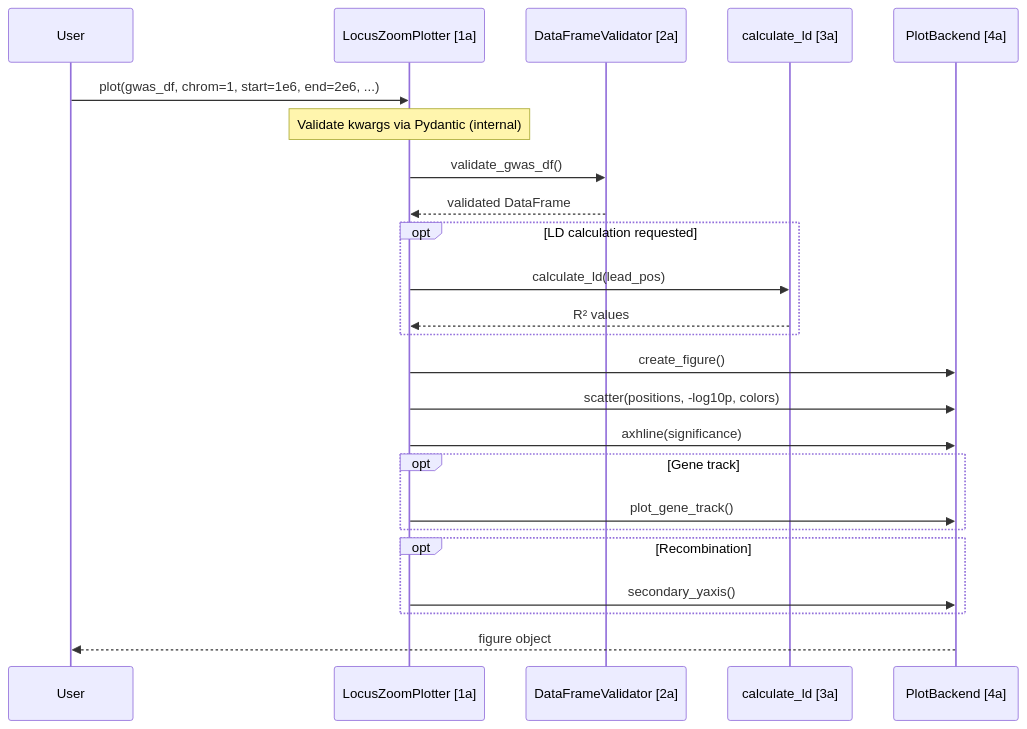
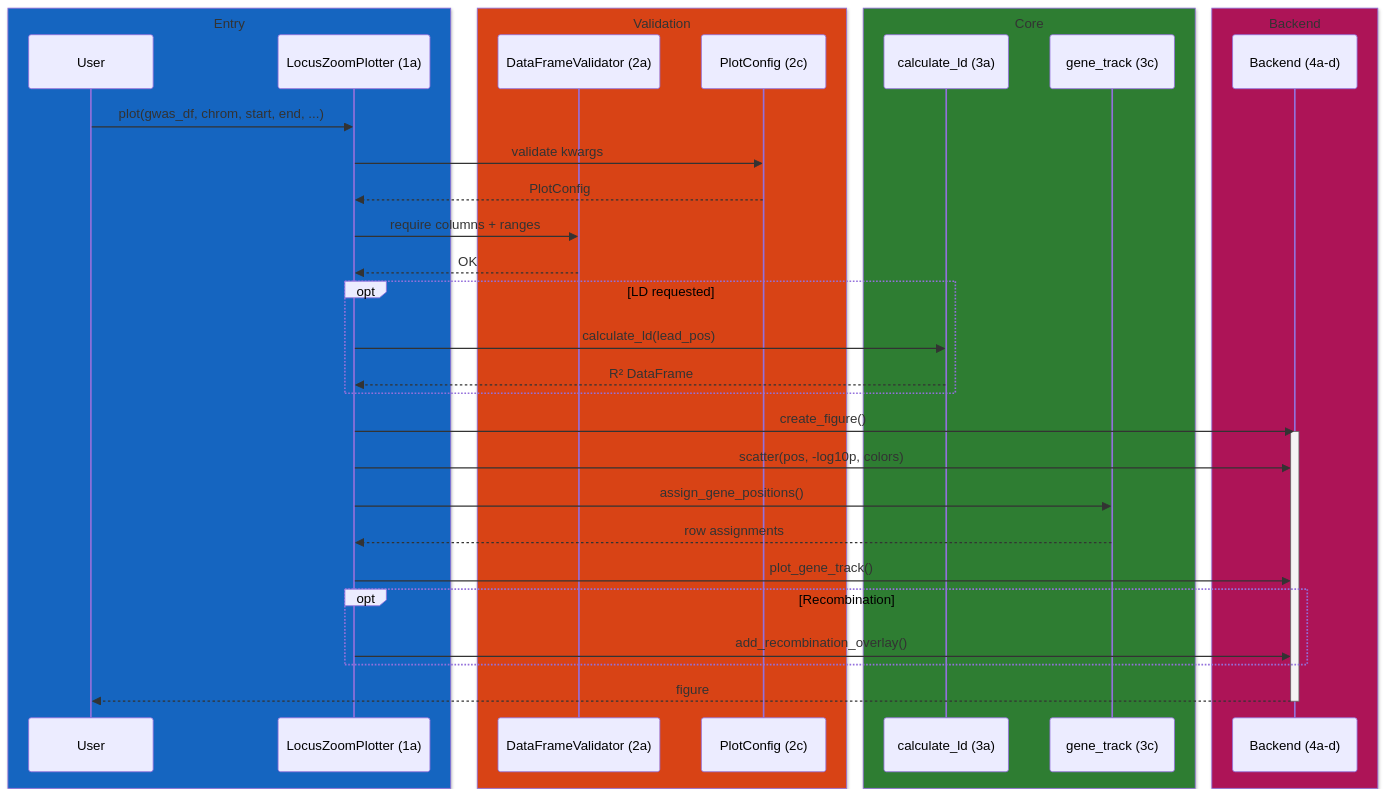
Before and after one commit to michael-denyer/pyLocusZoom: the second of 3 diagrams in docs/CODEMAP.md, drawn with Mermaid. The commit also changed other lines of this file and 34 other files, not shown here.

````diff
--- a/docs/CODEMAP.md
+++ b/docs/CODEMAP.md
@@ -198,32 +247,41 @@
 ```mermaid
 sequenceDiagram
-    participant User
-    participant Plotter as LocusZoomPlotter [1a]
-    participant Valid as DataFrameValidator [2a]
-    participant LD as calculate_ld [3a]
-    participant Backend as PlotBackend [4a]
-
-    User->>Plotter: plot(gwas_df, chrom=1, start=1e6, end=2e6, ...)
-    Note over Plotter: Validate kwargs via Pydantic (internal)
-    Plotter->>Valid: validate_gwas_df()
-    Valid-->>Plotter: validated DataFrame
-
-    opt LD calculation requested
-        Plotter->>LD: calculate_ld(lead_pos)
-        LD-->>Plotter: R² values
+    box rgb(21, 101, 192) Entry
+        participant U as User
+        participant P as LocusZoomPlotter (1a)
+    end
+    box rgb(216, 67, 21) Validation
+        participant V as DataFrameValidator (2a)
+        participant C as PlotConfig (2c)
+    end
+    box rgb(46, 125, 50) Core
+        participant L as calculate_ld (3a)
+        participant G as gene_track (3c)
+    end
+    box rgb(173, 20, 87) Backend
+        participant B as Backend (4a-d)
     end
 
-    Plotter->>Backend: create_figure()
-    Plotter->>Backend: scatter(positions, -log10p, colors)
-    Plotter->>Backend: axhline(significance)
+    U->>P: plot(gwas_df, chrom, start, end, ...)
+    P->>C: validate kwargs
+    C-->>P: PlotConfig
+    P->>V: require columns + ranges
+    V-->>P: OK
 
-    opt Gene track
-        Plotter->>Backend: plot_gene_track()
+    opt LD requested
+        P->>L: calculate_ld(lead_pos)
+        L-->>P: R² DataFrame
     end
 
+    P->>B: create_figure()
+    activate B
+    P->>B: scatter(pos, -log10p, colors)
+    P->>G: assign_gene_positions()
+    G-->>P: row assignments
+    P->>B: plot_gene_track()
     opt Recombination
-        Plotter->>Backend: secondary_yaxis()
+        P->>B: add_recombination_overlay()
     end
-
-    Backend-->>User: figure object
+    B-->>U: figure
+    deactivate B
 ```
````
